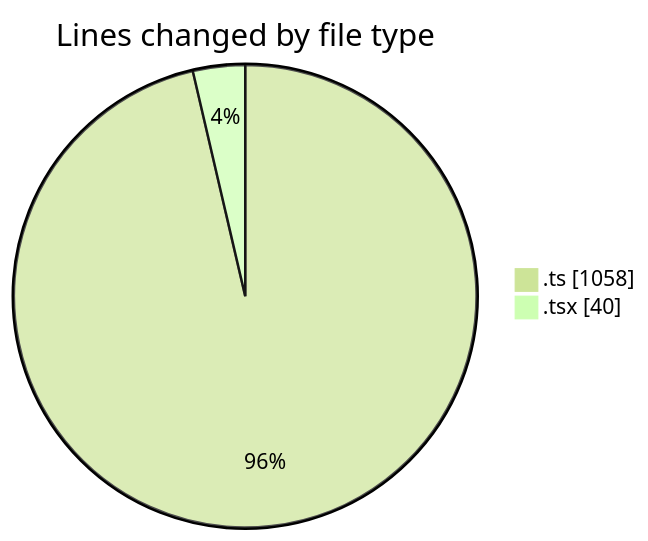
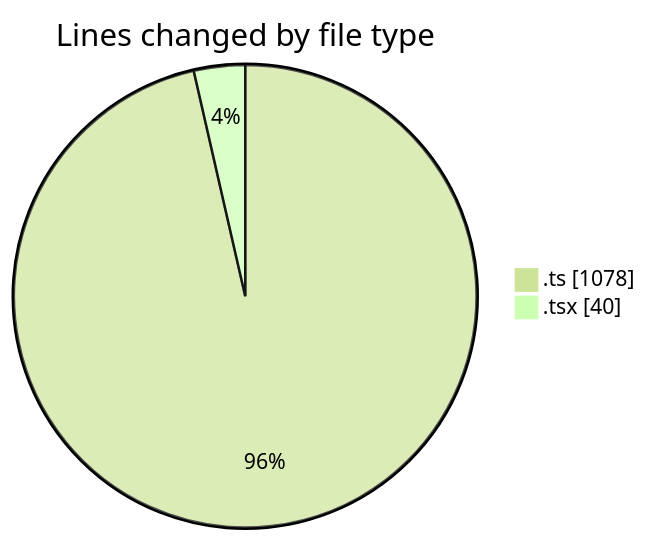
The first of 2 diagrams in 2025-06-06/ecodeli-1/README.md (CELIANVF/code-tracking), drawn with Mermaid (forest theme) before and after one commit. The commit also changed other lines of this file and 1 other file, not shown here.

````diff
--- a/2025-06-06/ecodeli-1/README.md
+++ b/2025-06-06/ecodeli-1/README.md
@@ -26,6 +27,6 @@
 ```mermaid
 pie showData
 title Lines changed by file type
-".ts" : 1058
+".ts" : 1078
 ".tsx" : 40
 ```
````
